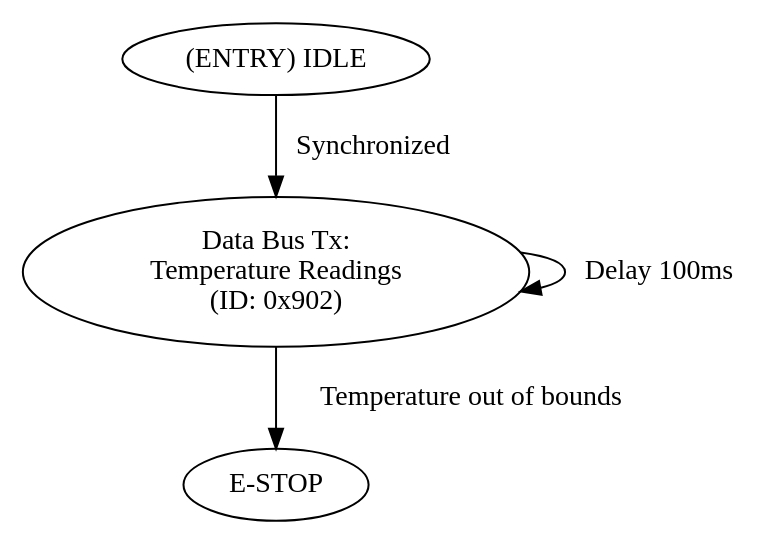
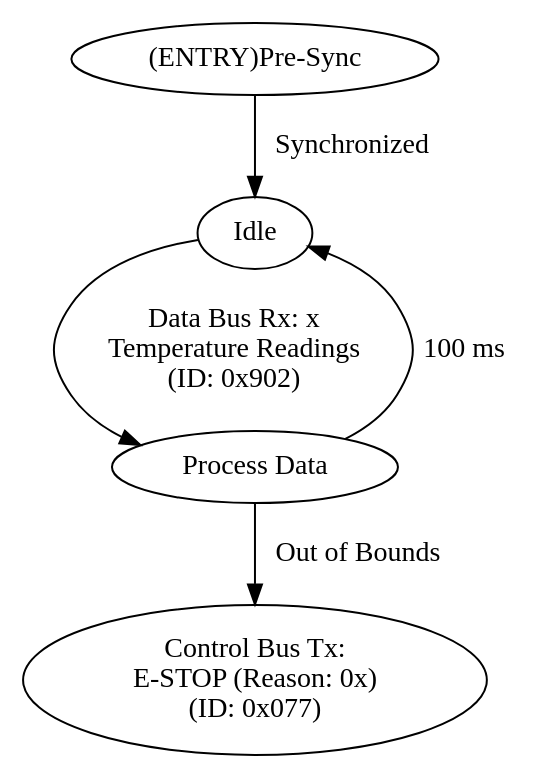
Before and after one commit to umdloop/state-machines: the diagram in high-voltage/temperature.dot, drawn with Graphviz. The commit also changed 3 other files, not shown here.

```diff
--- a/high-voltage/temperature.dot
+++ b/high-voltage/temperature.dot
@@ -1,9 +1,12 @@
 digraph {
-	S00 [label="(ENTRY) IDLE"];
-    S01 [label="Data Bus Tx:\nTemperature Readings\n(ID: 0x902)"];
-    S02 [label="E-STOP"];
+S41		[label="(ENTRY)Pre-Sync"];
+S42		[label="Idle"];
+S43		[label="Process Data"];
+S44		[label="Control Bus Tx:\nE-STOP (Reason: 0x)\n(ID: 0x077)"];
 
-	S00 -> S01 [label="Synchronized"];
-    S01 -> S01 [label="Delay 100ms"];
-    S01 -> S02 [label="Temperature out of bounds"];
+S41 -> S42     [label="Synchronized"];
+S42 -> S43     [label="Data Bus Rx: x\nTemperature Readings\n(ID: 0x902)\n"];
+S43 -> S44     [label="Out of Bounds"];
+
+S43 -> S42     [label="100 ms"];
 }
```
